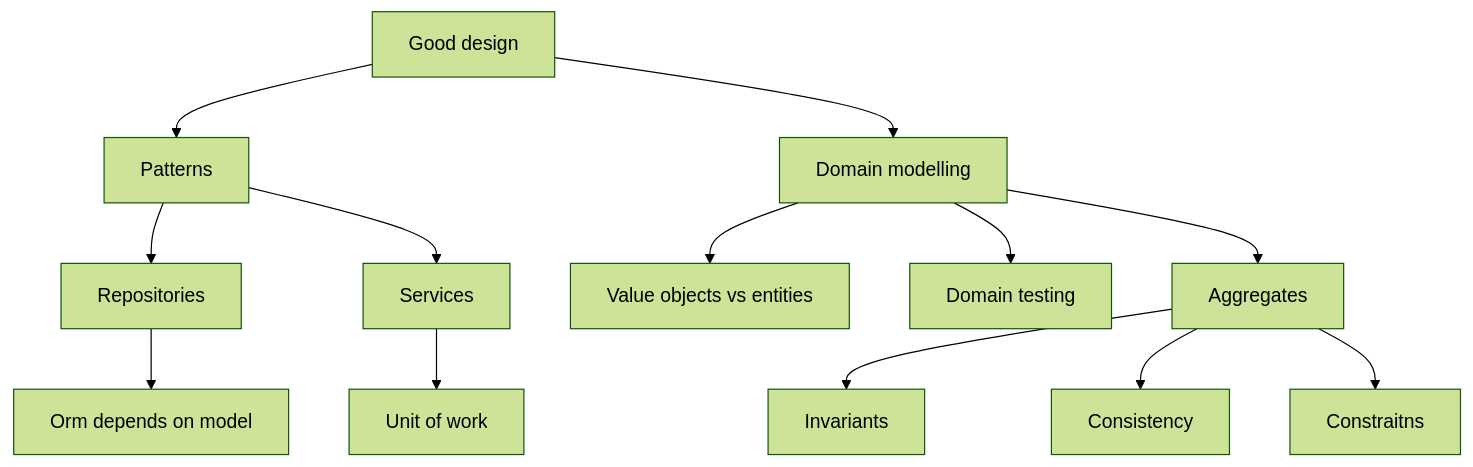
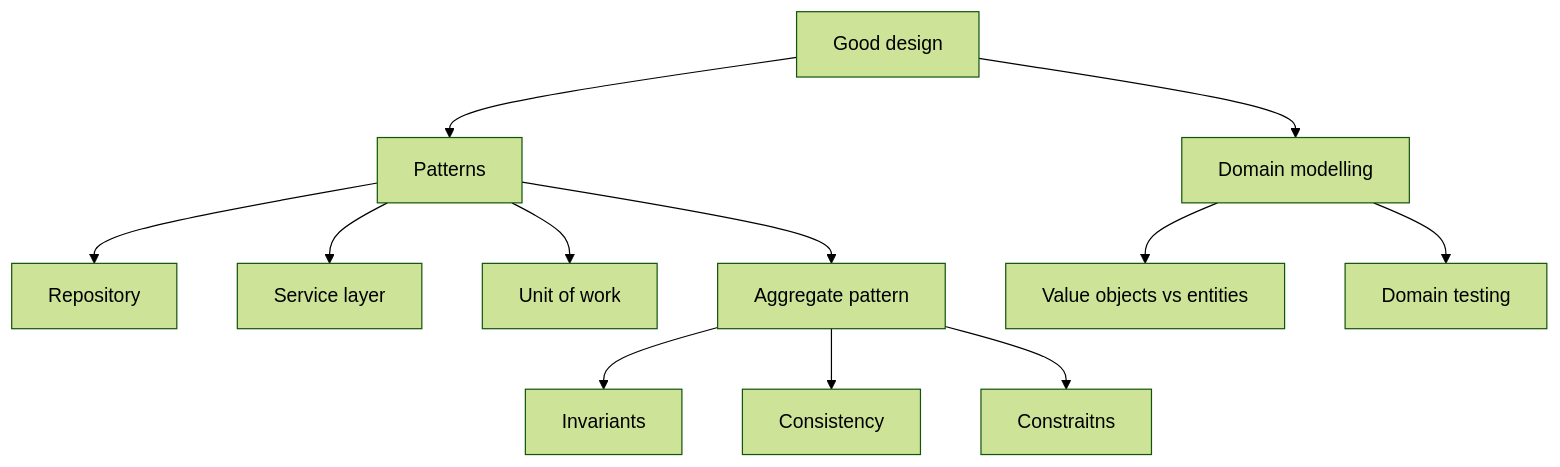
One commit to BugliL/ArchitecturePatternsWithPython changed the first of 2 diagrams in README.md. Above: the diagram before and after it, drawn with Mermaid (forest theme). The commit also changed other lines of this file and 2 other files, not shown here.

Commit message:
docs: refactoring

````diff
--- a/README.md
+++ b/README.md
@@ -22,18 +22,16 @@
 ```mermaid
 graph
     B[Good design]
     B --> P[Patterns]
-    P --> Q[Repositories]
-    Q --> O[Orm depends on model]
-    P --> R[Services]
-    R --> S[Unit of work]
+    P --> Q[Repository]
+    P --> R[Service layer]
+    P --> S[Unit of work]
+    P --> T[Aggregate pattern]
+    T --> H[Invariants]
+    T --> I[Consistency]
+    T --> J[Constraitns]
 
     B --> E[Domain modelling]
     E --> D[Value objects vs entities]
     E --> F[Domain testing]
-
-    E --> G[Aggregates]
-    G --> H[Invariants]
-    G --> I[Consistency]
-    G --> J[Constraitns]
 ```
````
